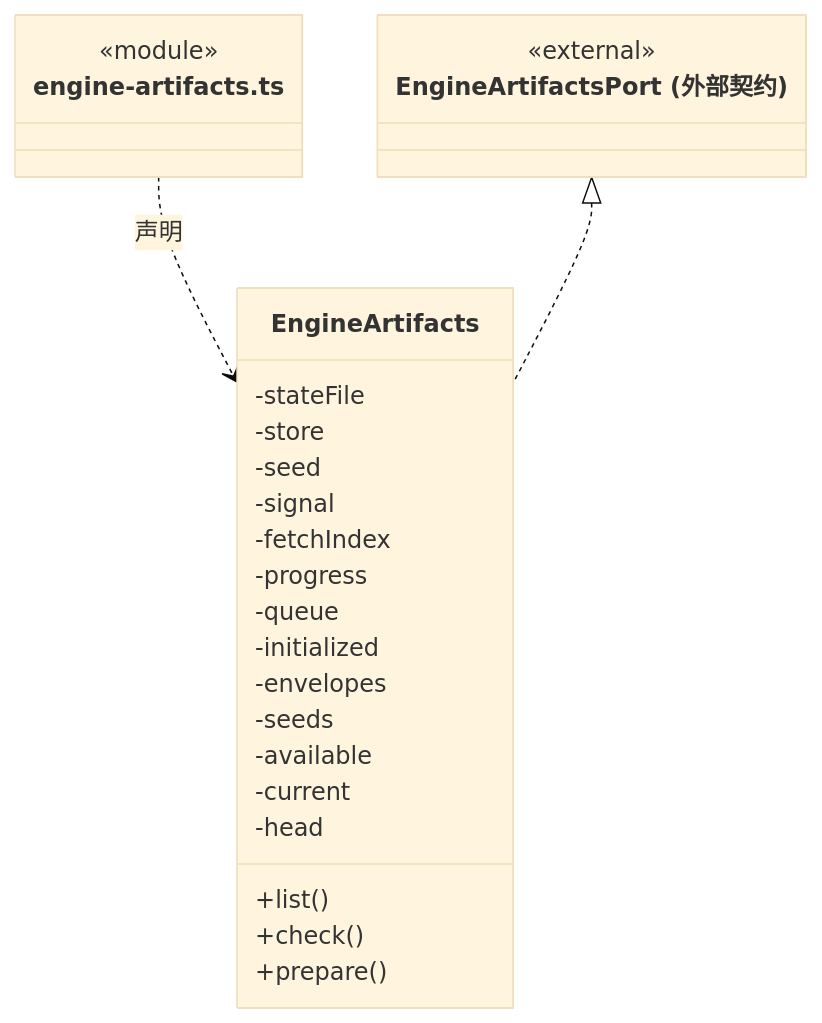
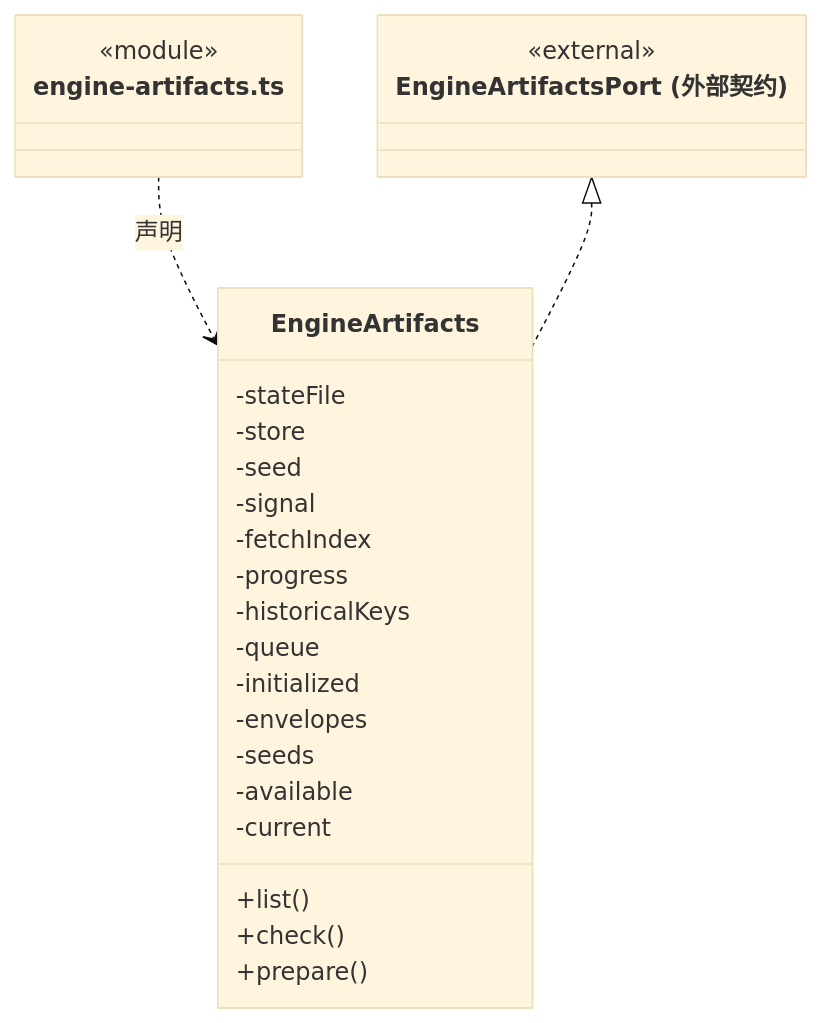
Before and after one commit to nan023062/cbim: the fourth of 27 diagrams in src/logic/updates/service/ARCHITECTURE.md, drawn with Mermaid (base theme). The commit also changed other lines of this file and 12 other files, not shown here.

````diff
--- a/src/logic/updates/service/ARCHITECTURE.md
+++ b/src/logic/updates/service/ARCHITECTURE.md
@@ -105,29 +105,29 @@
 ```mermaid
 classDiagram
 class N_src_logic_updates_service_engine_artifacts_ts["engine-artifacts.ts"] {
   <<module>>
 }
 class N_src_logic_updates_service_engine_artifacts_ts_EngineArtifacts["EngineArtifacts"] {
   +list()
   +check()
   +prepare()
   -stateFile
   -store
   -seed
   -signal
   -fetchIndex
   -progress
+  -historicalKeys
   -queue
   -initialized
   -envelopes
   -seeds
   -available
   -current
-  -head
 }
 N_src_logic_updates_service_engine_artifacts_ts ..> N_src_logic_updates_service_engine_artifacts_ts_EngineArtifacts : 声明
 class N_src_logic_updates_service_engine_artifacts_ts_external_EngineArtifactsPort["EngineArtifactsPort (外部契约)"] {
   <<external>>
 }
 N_src_logic_updates_service_engine_artifacts_ts_external_EngineArtifactsPort <|.. N_src_logic_updates_service_engine_artifacts_ts_EngineArtifacts
 ```
````
